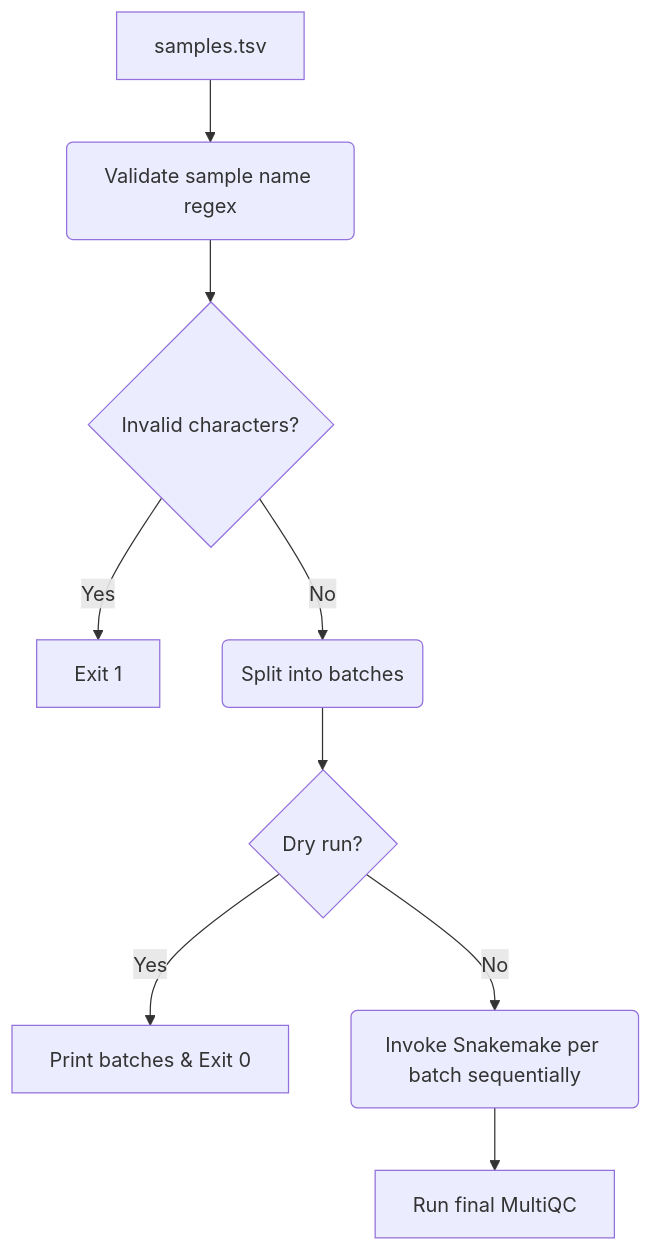
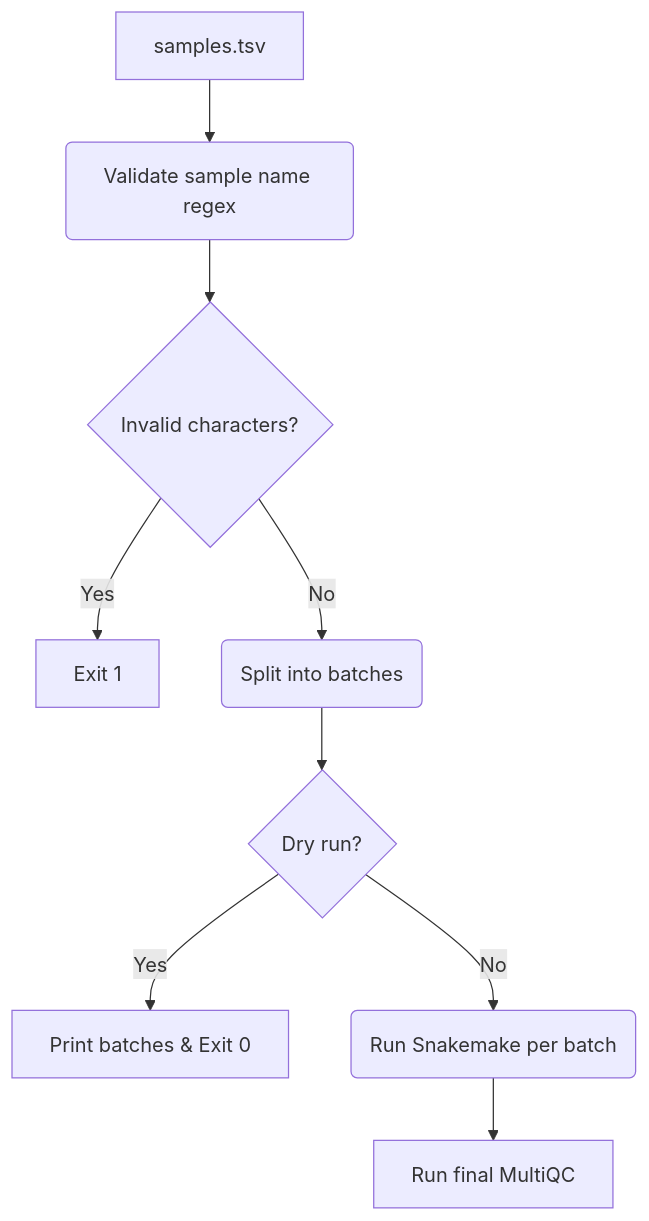
The sixth of 8 diagrams in rules/scripts/README.md (BDB-Genomics/bdb-rnaseq), drawn with Mermaid before and after one commit. The commit also changed other lines of this file and 7 other files, not shown here.

````diff
--- a/rules/scripts/README.md
+++ b/rules/scripts/README.md
@@ -128,11 +151,11 @@
 ```mermaid
 graph TD
     A[samples.tsv] --> B(Validate sample name regex)
     B --> C{Invalid characters?}
     C -- Yes --> D[Exit 1]
     C -- No --> E(Split into batches)
     E --> F{Dry run?}
     F -- Yes --> G[Print batches & Exit 0]
-    F -- No --> H(Invoke Snakemake per batch sequentially)
+    F -- No --> H(Run Snakemake per batch)
     H --> I[Run final MultiQC]
 ```
````
